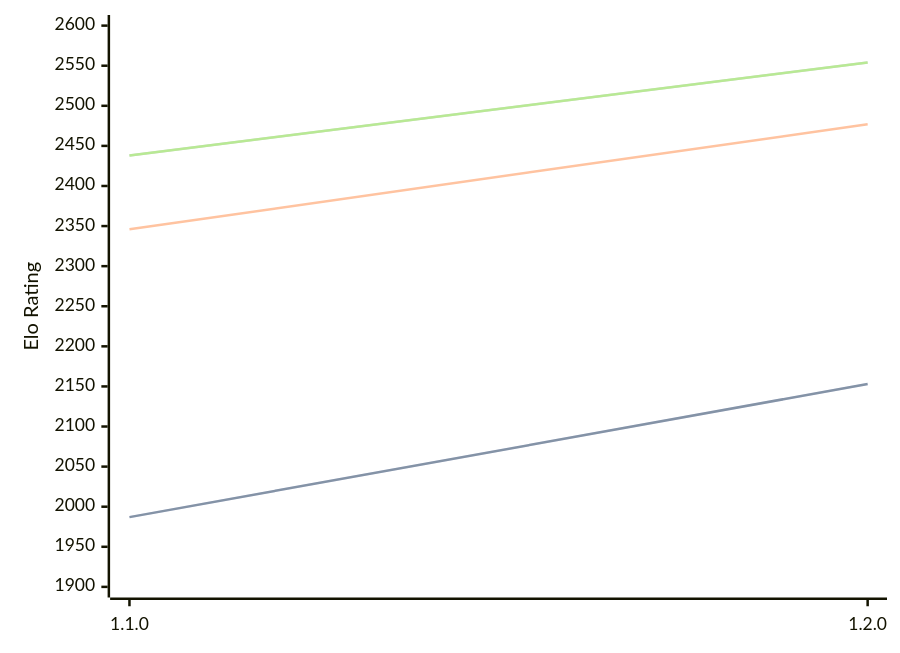
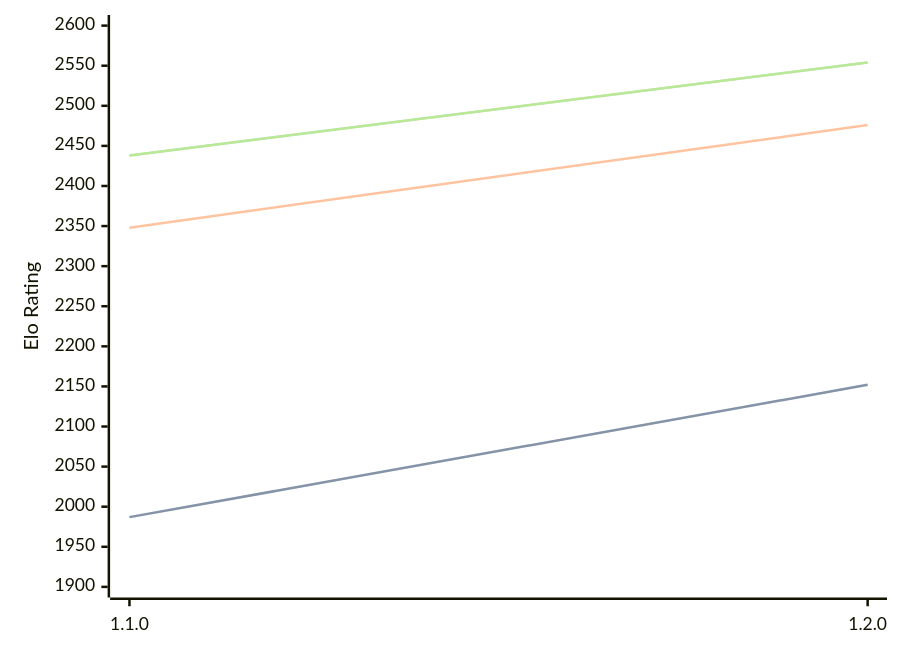
The diagram in engines/Gyatso.md (computer-chess-index/cci), drawn with Mermaid before and after one commit. The commit also changed other lines of this file, not shown here.

Commit message:
Update CCI Ratings (ELO VLTC) - 2026-03-27

````diff
--- a/engines/Gyatso.md
+++ b/engines/Gyatso.md
@@ -33,11 +33,11 @@
 ```mermaid
 %%{init: {"theme":"base","themeVariables":{"seriesColors:['#a3a3a3','#222221','#faa371']}}}%%
 xychart-beta
   x-axis ["1.1.0", "1.2.0"]
   y-axis "Elo Rating" 1900 --> 2600
-  line "STC (8.0+0.08s)" [1987, 2153]
-  line "STC (8.0+0.08s)" [1987, 2153]
-  line "LTC (60.0+0.60s)" [2346, 2477]
+  line "STC (8.0+0.08s)" [1987, 2152]
+  line "STC (8.0+0.08s)" [1987, 2152]
+  line "LTC (60.0+0.60s)" [2348, 2476]
   line "VLTC (2m24s+1.12s)" [2438, 2554]
   line "VLTC (2m24s+1.12s)" [2438, 2554]
 ```
````
